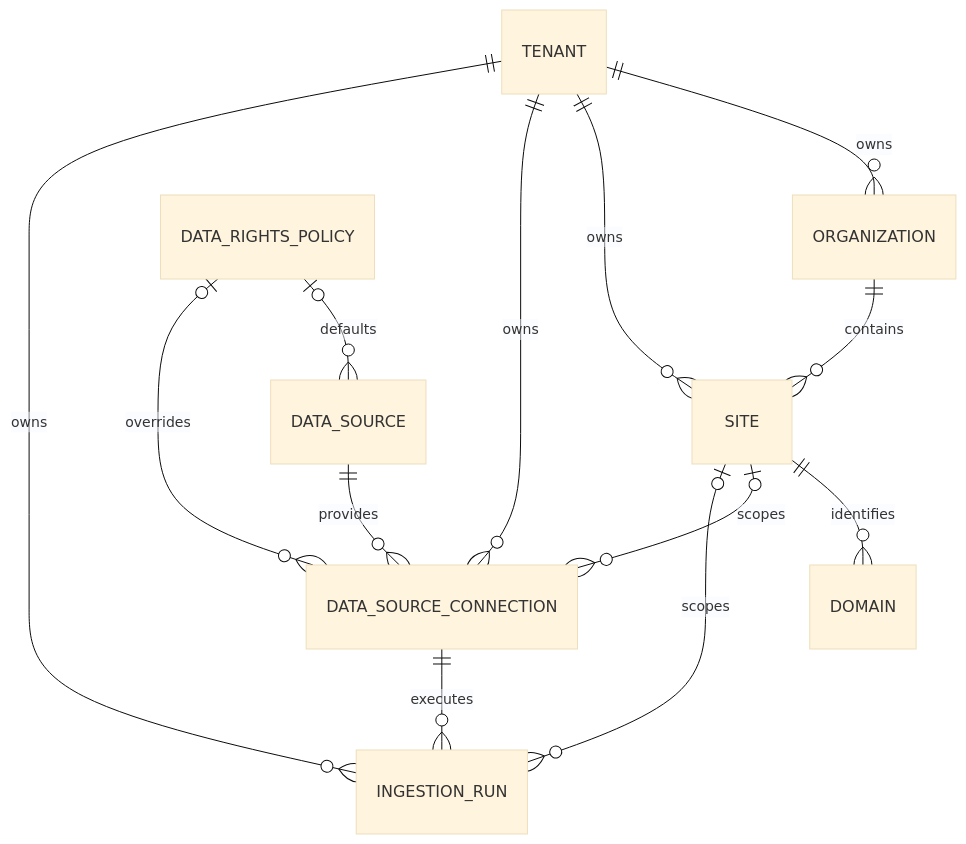
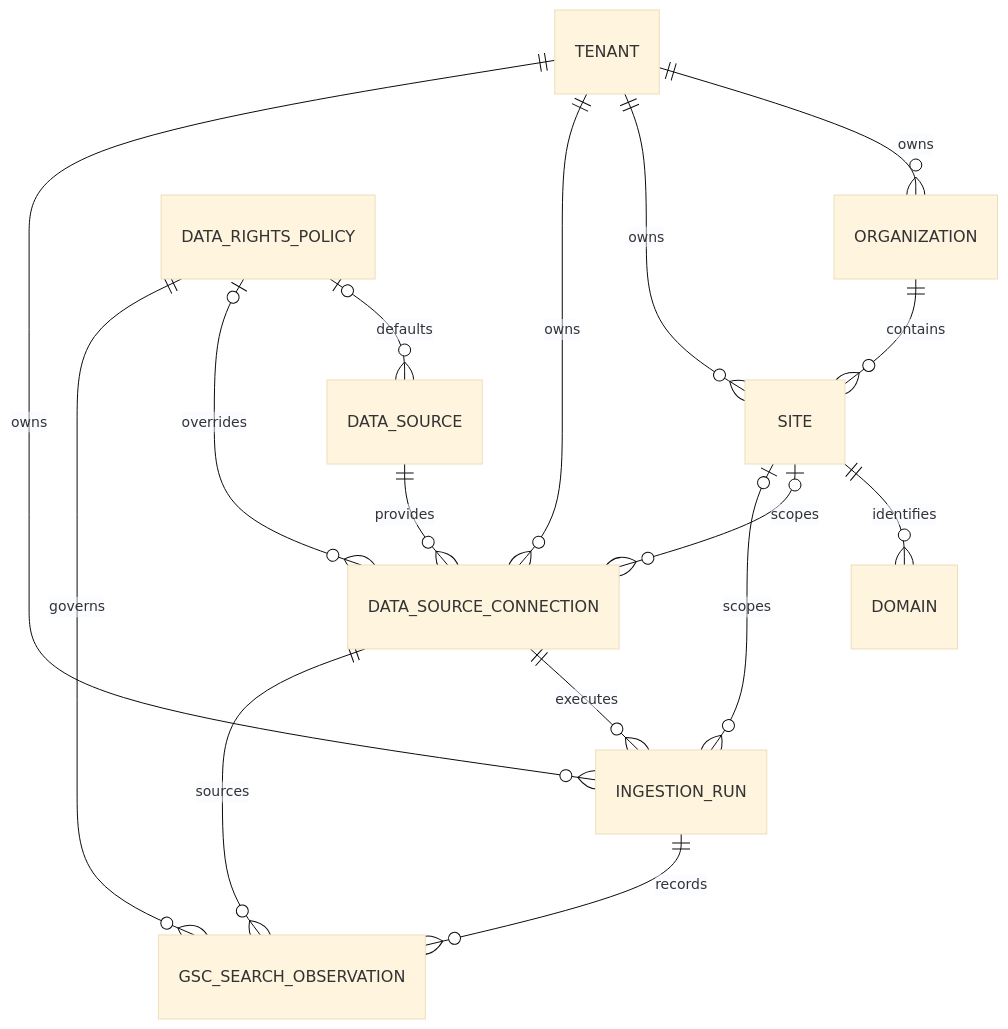
Before and after one commit to plindsey0/GIS: the diagram in docs/gis/data-model.md, drawn with Mermaid (base theme). The commit also changed other lines of this file and 19 other files, not shown here.

Commit message:
feat: add Google Search Console ingestion

````diff
--- a/docs/gis/data-model.md
+++ b/docs/gis/data-model.md
@@ -3,15 +3,18 @@
 ```mermaid
 erDiagram
     TENANT ||--o{ ORGANIZATION : owns
     TENANT ||--o{ SITE : owns
     ORGANIZATION ||--o{ SITE : contains
     SITE ||--o{ DOMAIN : identifies
     TENANT ||--o{ DATA_SOURCE_CONNECTION : owns
     SITE o|--o{ DATA_SOURCE_CONNECTION : scopes
     DATA_SOURCE ||--o{ DATA_SOURCE_CONNECTION : provides
     DATA_RIGHTS_POLICY o|--o{ DATA_SOURCE : defaults
     DATA_RIGHTS_POLICY o|--o{ DATA_SOURCE_CONNECTION : overrides
     DATA_SOURCE_CONNECTION ||--o{ INGESTION_RUN : executes
     TENANT ||--o{ INGESTION_RUN : owns
     SITE o|--o{ INGESTION_RUN : scopes
+    INGESTION_RUN ||--o{ GSC_SEARCH_OBSERVATION : records
+    DATA_SOURCE_CONNECTION ||--o{ GSC_SEARCH_OBSERVATION : sources
+    DATA_RIGHTS_POLICY ||--o{ GSC_SEARCH_OBSERVATION : governs
 ```
````
